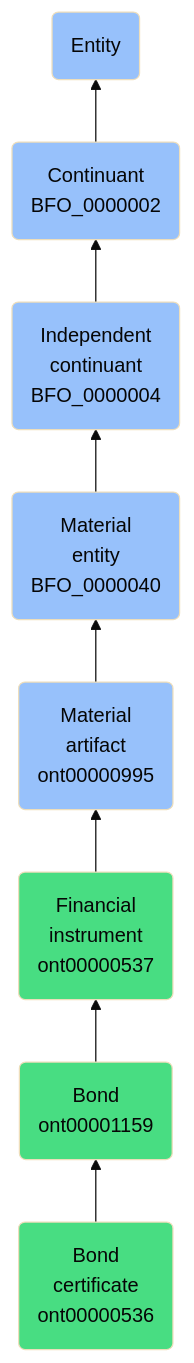
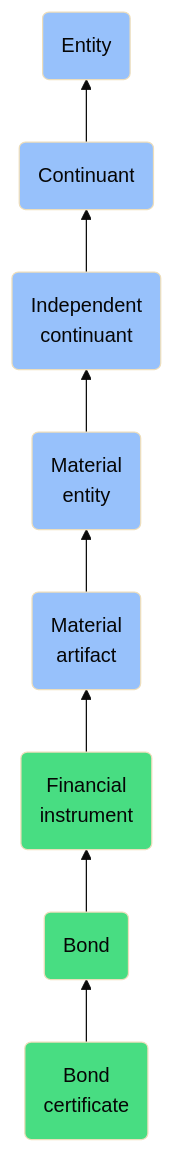
One commit to jupyter-naas/abi changed the diagram in docs/ontology/reference/model/Entity/Continuant/Independent continuant/Material entity/Material artifact/Financial instrument/Bond/Bond certificate/Bond certificate.md. Above: the diagram before and after it, drawn with Mermaid (base theme). The commit also changed other lines of this file and 1430 other files, not shown here.

````diff
--- a/docs/ontology/reference/model/Entity/Continuant/Independent continuant/Material entity/Material artifact/Financial instrument/Bond/Bond certificate/Bond certificate.md
+++ b/docs/ontology/reference/model/Entity/Continuant/Independent continuant/Material entity/Material artifact/Financial instrument/Bond/Bond certificate/Bond certificate.md
@@ -24,15 +24,15 @@
 ```mermaid
 graph BT
-    ont00000536(Bond<br>certificate<br>ont00000536):::ABI-->ont00001159
-    ont00001159(Bond<br>ont00001159):::ABI-->ont00000537
-    ont00000537(Financial<br>instrument<br>ont00000537):::ABI-->ont00000995
-    ont00000995(Material<br>artifact<br>ont00000995):::BFO-->BFO_0000040
-    BFO_0000040(Material<br>entity<br>BFO_0000040):::BFO-->BFO_0000004
-    BFO_0000004(Independent<br>continuant<br>BFO_0000004):::BFO-->BFO_0000002
-    BFO_0000002(Continuant<br>BFO_0000002):::BFO-->BFO_0000001
+    ont00000536(Bond<br>certificate):::ABI-->ont00001159
+    ont00001159(Bond):::ABI-->ont00000537
+    ont00000537(Financial<br>instrument):::ABI-->ont00000995
+    ont00000995(Material<br>artifact):::BFO-->BFO_0000040
+    BFO_0000040(Material<br>entity):::BFO-->BFO_0000004
+    BFO_0000004(Independent<br>continuant):::BFO-->BFO_0000002
+    BFO_0000002(Continuant):::BFO-->BFO_0000001
     BFO_0000001(Entity):::BFO
     
     classDef BFO fill:#97c1fb,color:#060606
     classDef CCO fill:#e4c51e,color:#060606
     classDef ABI fill:#48DD82,color:#060606
 ```
````
